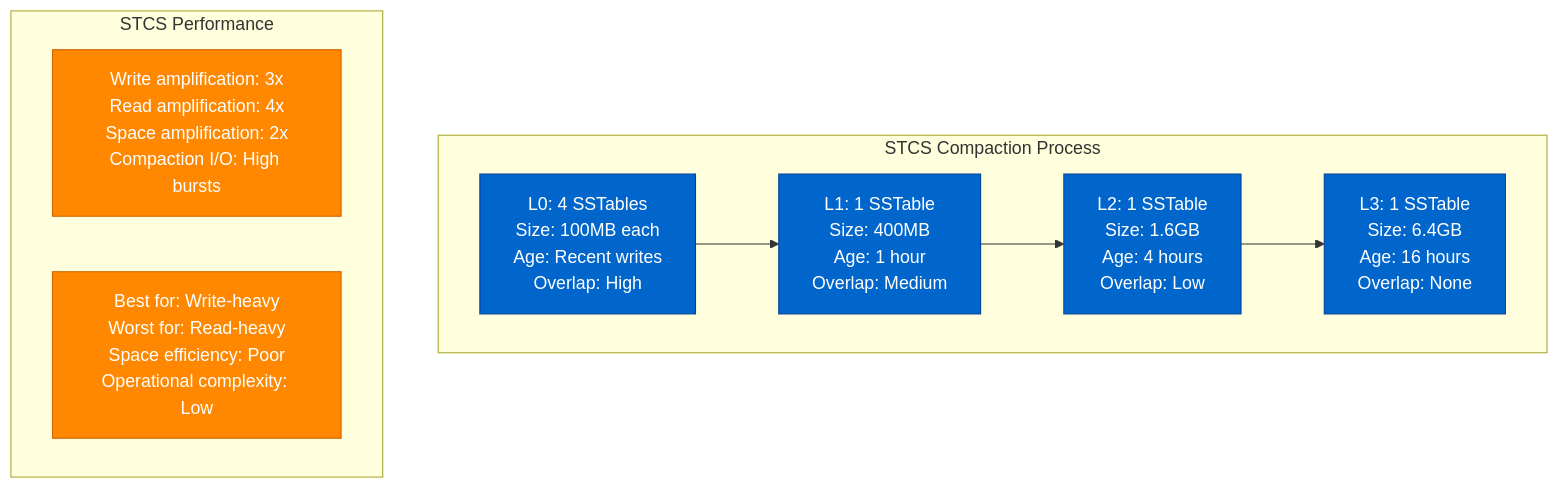
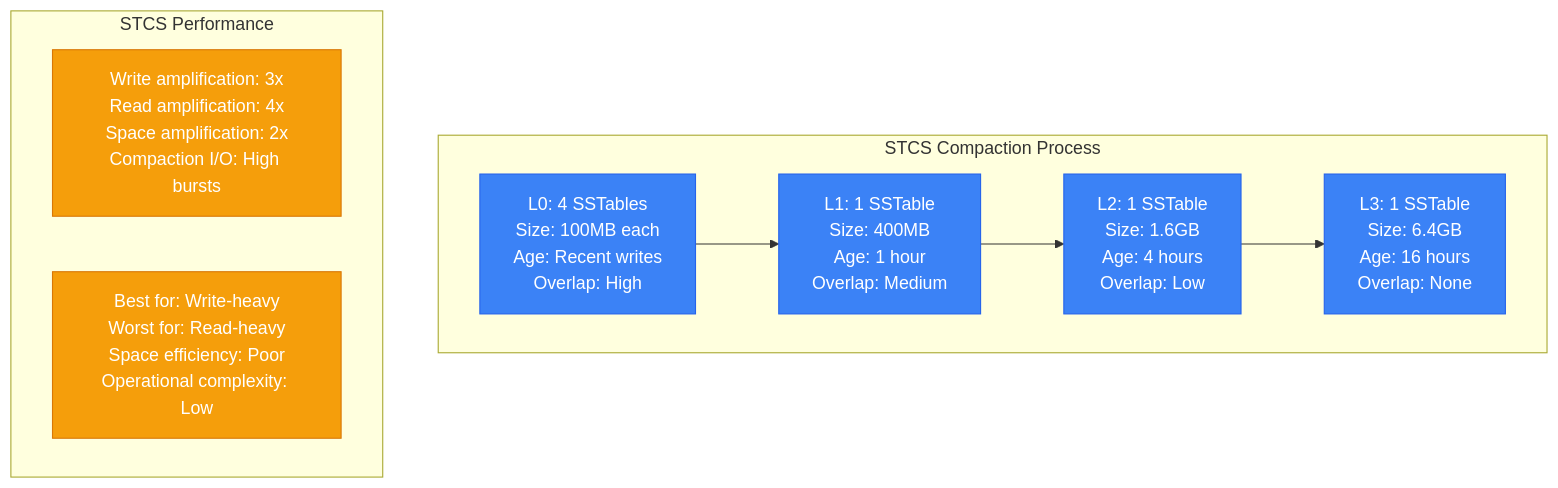
One commit to deepaucksharma/DS changed the first of 14 diagrams in site/docs/performance/cassandra-performance-profile.md. Above: the diagram before and after it, drawn with Mermaid. The commit also changed other lines of this file and 303 other files, not shown here.

````diff
--- a/site/docs/performance/cassandra-performance-profile.md
+++ b/site/docs/performance/cassandra-performance-profile.md
@@ -11,26 +11,26 @@
 ```mermaid
 graph TB
     subgraph "STCS Compaction Process"
         STCS1[L0: 4 SSTables<br/>Size: 100MB each<br/>Age: Recent writes<br/>Overlap: High]
 
         STCS2[L1: 1 SSTable<br/>Size: 400MB<br/>Age: 1 hour<br/>Overlap: Medium]
 
         STCS3[L2: 1 SSTable<br/>Size: 1.6GB<br/>Age: 4 hours<br/>Overlap: Low]
 
         STCS4[L3: 1 SSTable<br/>Size: 6.4GB<br/>Age: 16 hours<br/>Overlap: None]
 
         STCS1 --> STCS2 --> STCS3 --> STCS4
     end
 
     subgraph "STCS Performance"
         STCS_PERF1[Write amplification: 3x<br/>Read amplification: 4x<br/>Space amplification: 2x<br/>Compaction I/O: High bursts]
 
         STCS_PERF2[Best for: Write-heavy<br/>Worst for: Read-heavy<br/>Space efficiency: Poor<br/>Operational complexity: Low]
     end
 
-    classDef levelStyle fill:#0066CC,stroke:#004499,color:#fff
-    classDef perfStyle fill:#FF8800,stroke:#CC6600,color:#fff
+    classDef levelStyle fill:#3B82F6,stroke:#2563EB,color:#fff
+    classDef perfStyle fill:#F59E0B,stroke:#D97706,color:#fff
 
     class STCS1,STCS2,STCS3,STCS4 levelStyle
     class STCS_PERF1,STCS_PERF2 perfStyle
 ```
````
